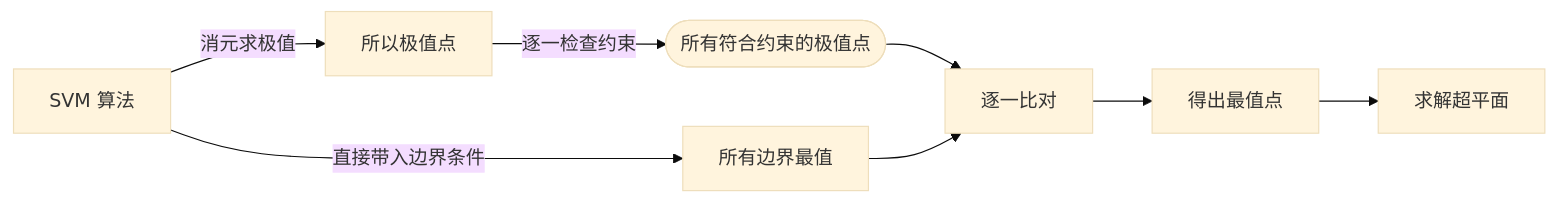
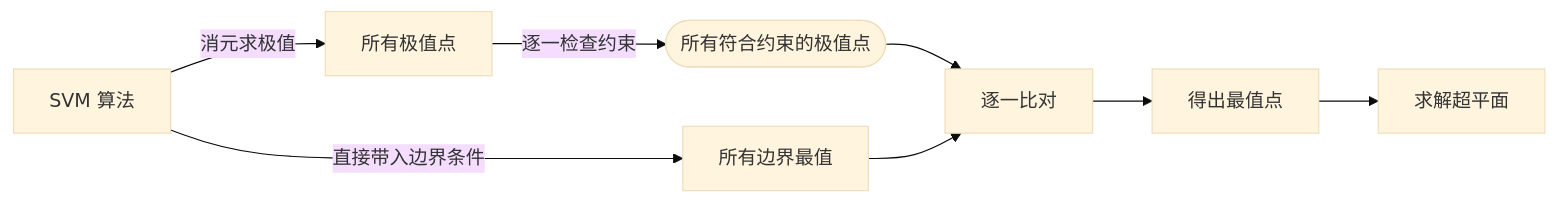
One commit to zhaochenyang20/IAI_2022 changed the first of 2 diagrams in machine learning.md. Above: the diagram before and after it, drawn with Mermaid (base theme). The commit also changed other lines of this file, not shown here.

````diff
--- a/machine learning.md
+++ b/machine learning.md
@@ -252,11 +252,11 @@
 ```mermaid
 flowchart LR
       B[SVM 算法]
-      B--消元求极值-->E[所以极值点]
+      B--消元求极值-->E[所有极值点]
       B--直接带入边界条件-->K[所有边界最值]
       E--逐一检查约束-->F([所有符合约束的极值点])
       F-->J[逐一比对]
       K-->J
       J-->得出最值点-->求解超平面
 
 ```
````
